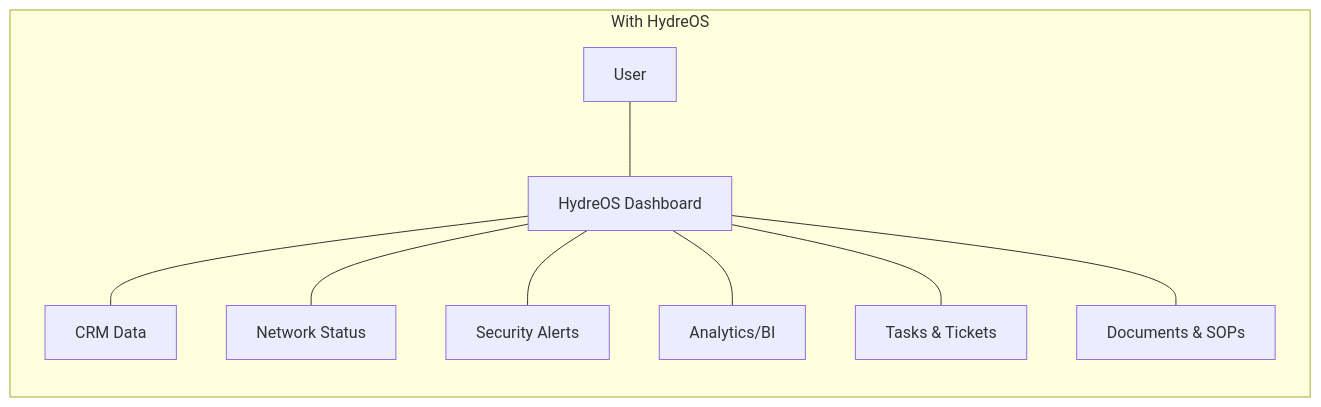
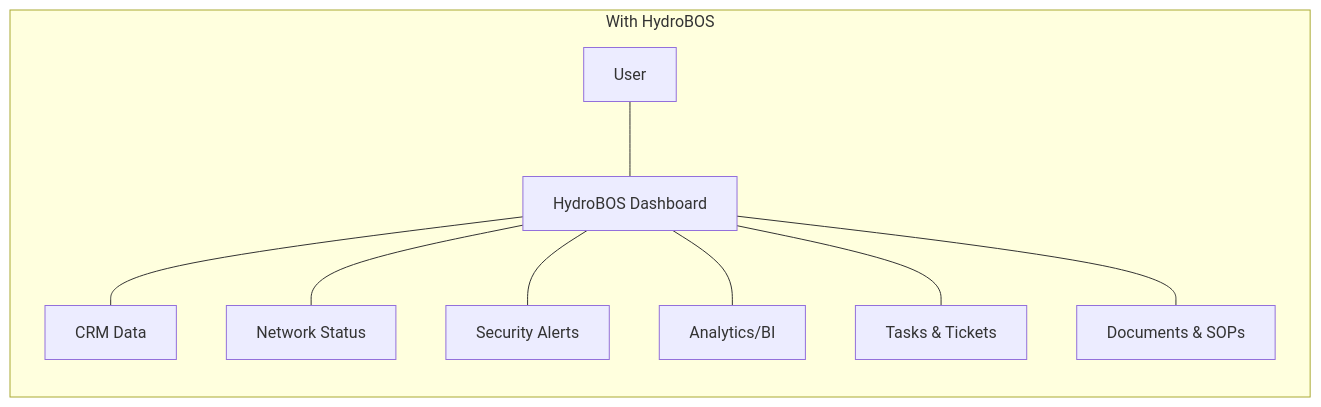
One commit to jrobinson-utahmmc/hydrobos changed the second of 6 diagrams in docs/01-vision-and-objectives.md. Above: the diagram before and after it, drawn with Mermaid. The commit also changed other lines of this file and 11 other files, not shown here.

````diff
--- a/docs/01-vision-and-objectives.md
+++ b/docs/01-vision-and-objectives.md
@@ -68,12 +68,12 @@
 ```mermaid
 graph LR
-    subgraph "With HydreOS"
-        X[User] --- H[HydreOS Dashboard]
+    subgraph "With HydroBOS"
+        X[User] --- H[HydroBOS Dashboard]
         H --- A[CRM Data]
         H --- B[Network Status]
         H --- C[Security Alerts]
         H --- D[Analytics/BI]
         H --- E[Tasks & Tickets]
         H --- F[Documents & SOPs]
     end
 ```
````
